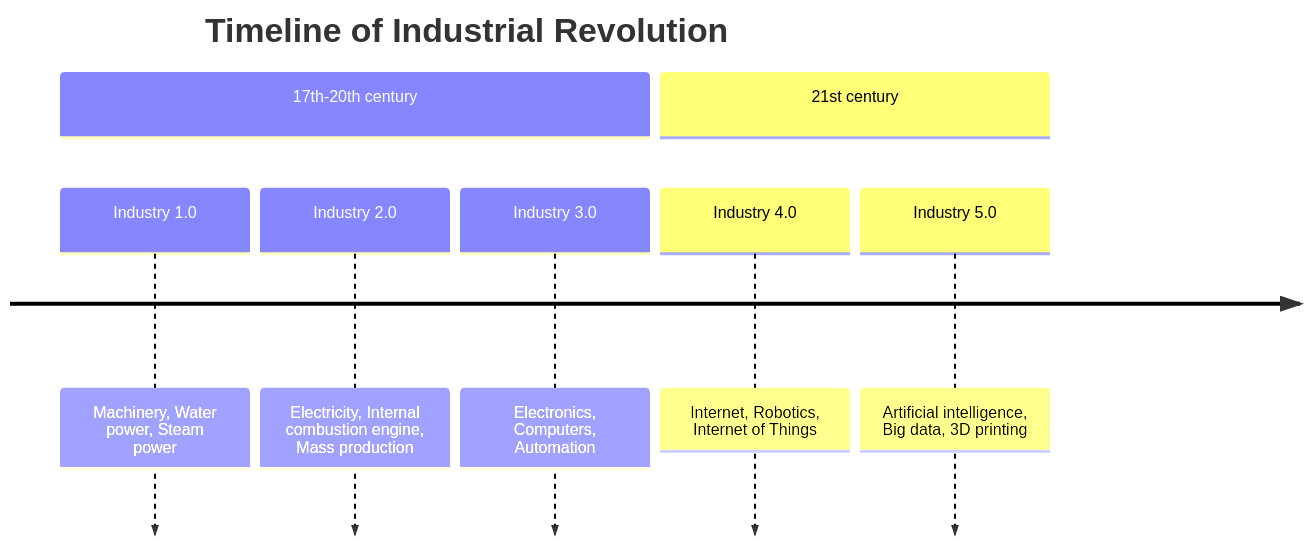
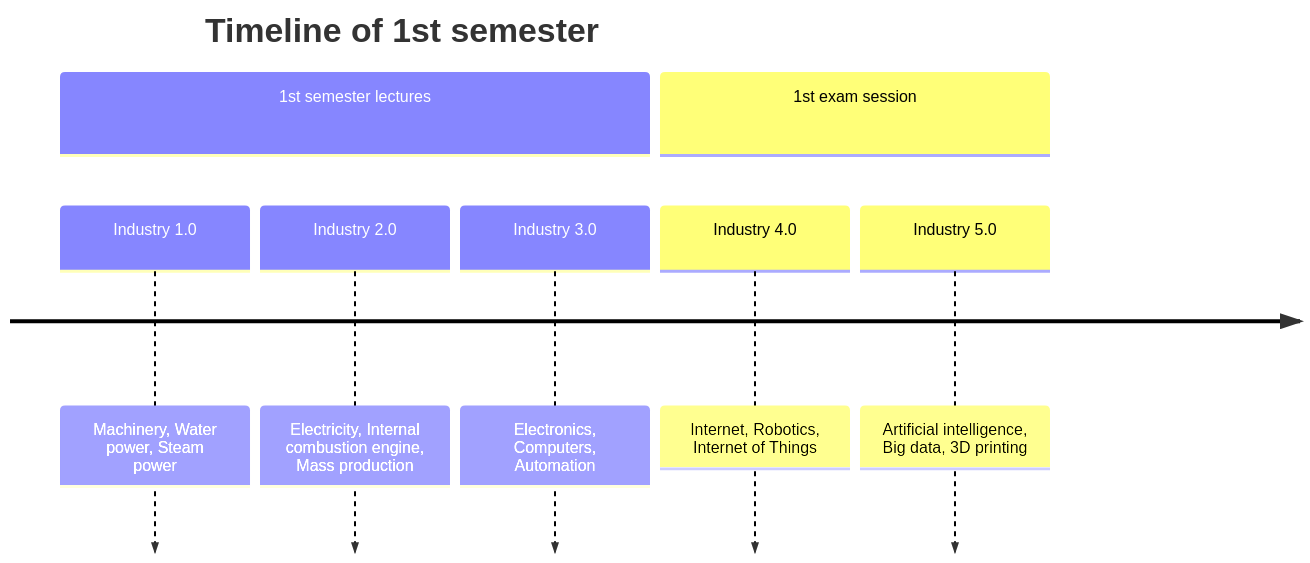
One commit to niccolozanotti/AI4climate.science-vault changed the diagram in Notes/Climate/CSM/CSM Exam questions.md. Above: the diagram before and after it, drawn with Mermaid. The commit also changed 1 other file, not shown here.

Commit message:
vault backup: 2024-10-06 22:46:26

````diff
--- a/Notes/Climate/CSM/CSM Exam questions.md
+++ b/Notes/Climate/CSM/CSM Exam questions.md
@@ -63,12 +63,12 @@
 ```mermaid
 timeline
-    title Timeline of Industrial Revolution
-    section 17th-20th century
+    title Timeline of 1st semester 
+    section 1st semester lectures
         Industry 1.0 : Machinery, Water power, Steam <br>power
         Industry 2.0 : Electricity, Internal combustion engine, Mass production
         Industry 3.0 : Electronics, Computers, Automation
-    section 21st century
+    section 1st exam session
         Industry 4.0 : Internet, Robotics, Internet of Things
         Industry 5.0 : Artificial intelligence, Big data, 3D printing
 
 ```
````
